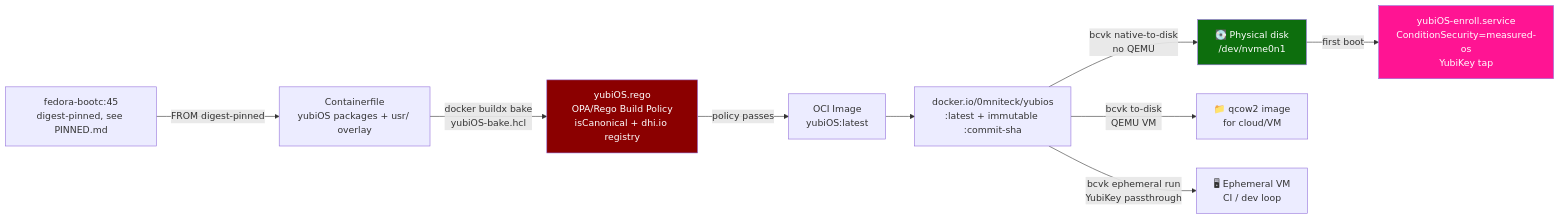
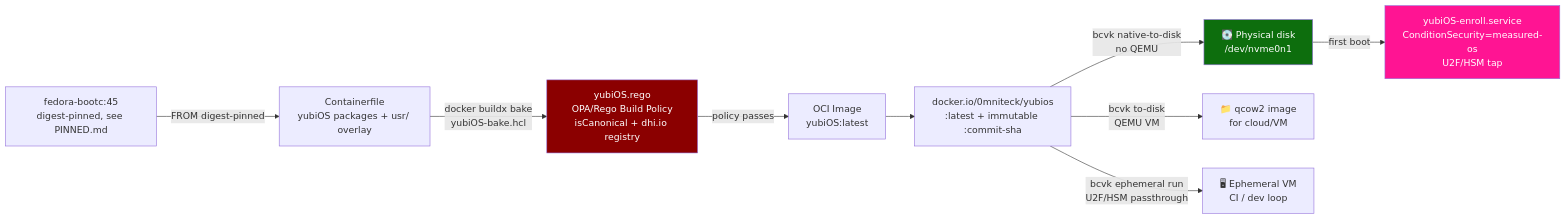
One commit to yubi-OS/yubiOS changed the ninth of 12 diagrams in docs/ARCHITECTURE.md. Above: the diagram before and after it, drawn with Mermaid. The commit also changed other lines of this file and 292 other files, not shown here.

Commit message:
chore(repo): replace YubiKey/Yubikey/yubikey references with U2F/HSM across docs, scripts, tests, and workflows

````diff
--- a/docs/ARCHITECTURE.md
+++ b/docs/ARCHITECTURE.md
@@ -305,23 +305,23 @@
 ```mermaid
 graph LR
     BASE["fedora-bootc:45\ndigest-pinned, see PINNED.md"]
     CF["Containerfile\nyubiOS packages + usr/ overlay"]
     REGO["yubiOS.rego\nOPA/Rego Build Policy\nisCanonical + dhi.io registry"]
     OCI["OCI Image\nyubiOS:latest"]
     REG["docker.io/0mniteck/yubios\n:latest + immutable :commit-sha"]
 
     BASE -->|FROM digest-pinned| CF
     CF -->|docker buildx bake\nyubiOS-bake.hcl| REGO
     REGO -->|policy passes| OCI
     OCI --> REG
 
     REG -->|bcvk native-to-disk\nno QEMU| HW["💽 Physical disk\n/dev/nvme0n1"]
     REG -->|bcvk to-disk\nQEMU VM| IMG["📁 qcow2 image\nfor cloud/VM"]
-    REG -->|bcvk ephemeral run\nYubiKey passthrough| VM["🖥 Ephemeral VM\nCI / dev loop"]
+    REG -->|bcvk ephemeral run\nU2F/HSM passthrough| VM["🖥 Ephemeral VM\nCI / dev loop"]
 
-    HW -->|first boot| ENROLL["yubiOS-enroll.service\nConditionSecurity=measured-os\nYubiKey tap"]
+    HW -->|first boot| ENROLL["yubiOS-enroll.service\nConditionSecurity=measured-os\nU2F/HSM tap"]
 
     style REGO fill:#8b0000,color:#fff
     style HW fill:#0d6e0d,color:#fff
     style ENROLL fill:#ff1493,color:#fff
 ```
````
